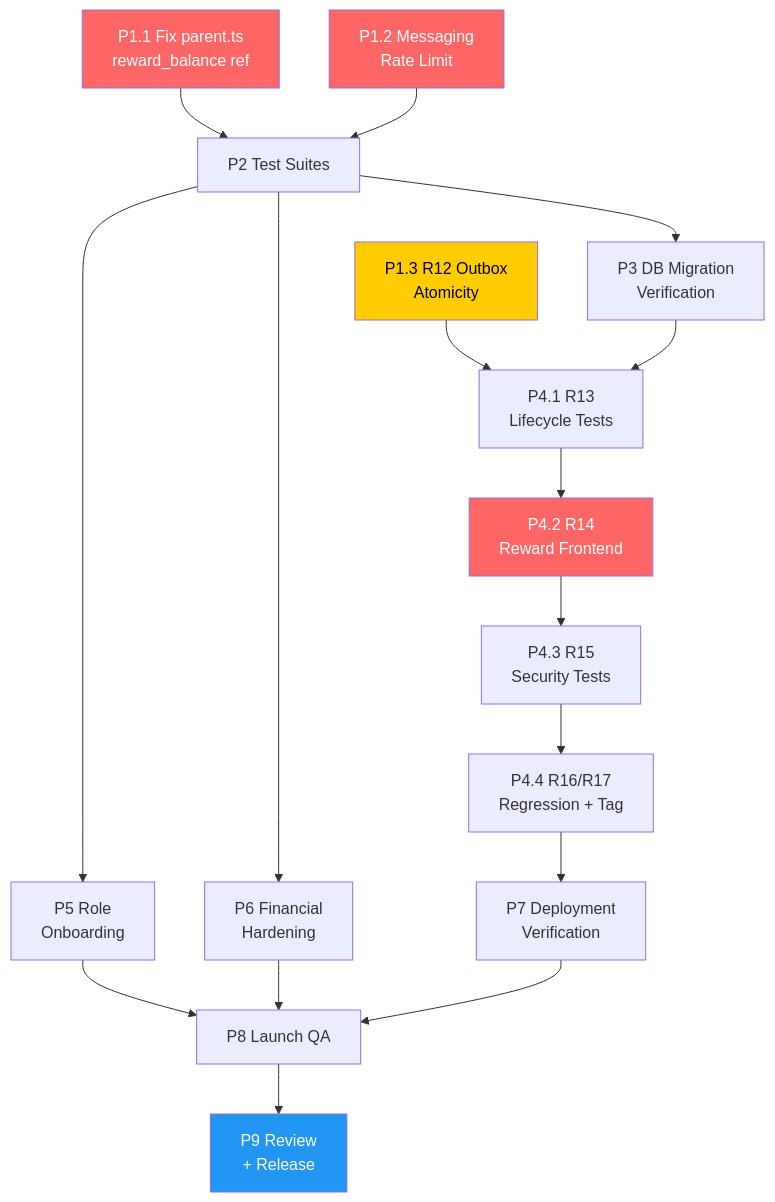
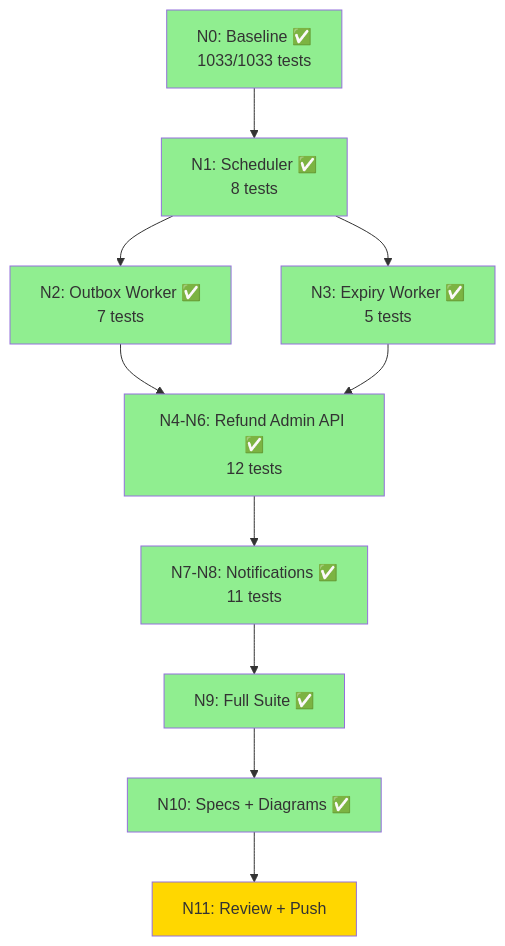
Before and after one commit to SM-Web-Systems/lms-crypto-production: the diagram in docs/superpowers/diagrams/remaining-work-dependency.md, drawn with Mermaid. The commit also changed other lines of this file and 29 other files, not shown here.

First line of the commit message:
N15: reward scheduler, blocked refund resolution, and reward notifications

````diff
--- a/docs/superpowers/diagrams/remaining-work-dependency.md
+++ b/docs/superpowers/diagrams/remaining-work-dependency.md
@@ -3,29 +3,22 @@
 ```mermaid
 graph TD
-    P1A[P1.1 Fix parent.ts<br/>reward_balance ref] --> P2[P2 Test Suites]
-    P1B[P1.2 Messaging<br/>Rate Limit] --> P2
-    P1C[P1.3 R12 Outbox<br/>Atomicity] --> P4A
+    N0[N0: Baseline ✅<br/>1033/1033 tests] --> N1[N1: Scheduler ✅<br/>8 tests]
+    N1 --> N2[N2: Outbox Worker ✅<br/>7 tests]
+    N1 --> N3[N3: Expiry Worker ✅<br/>5 tests]
+    N2 --> N4[N4-N6: Refund Admin API ✅<br/>12 tests]
+    N3 --> N4
+    N4 --> N7[N7-N8: Notifications ✅<br/>11 tests]
+    N7 --> N9[N9: Full Suite ✅]
+    N9 --> N10[N10: Specs + Diagrams ✅]
+    N10 --> N11[N11: Review + Push]
 
-    P2 --> P3[P3 DB Migration<br/>Verification]
-
-    P3 --> P4A[P4.1 R13<br/>Lifecycle Tests]
-    P4A --> P4B[P4.2 R14<br/>Reward Frontend]
-    P4B --> P4C[P4.3 R15<br/>Security Tests]
-    P4C --> P4D[P4.4 R16/R17<br/>Regression + Tag]
-
-    P2 --> P5[P5 Role<br/>Onboarding]
-    P2 --> P6[P6 Financial<br/>Hardening]
-
-    P4D --> P7[P7 Deployment<br/>Verification]
-    P5 --> P8[P8 Launch QA]
-    P6 --> P8
-    P7 --> P8
-
-    P8 --> P9[P9 Review<br/>+ Release]
-
-    style P1A fill:#ff6666,color:#fff
-    style P1B fill:#ff6666,color:#fff
-    style P1C fill:#ffcc00,color:#000
-    style P4B fill:#ff6666,color:#fff
-    style P9 fill:#2196F3,color:#fff
+    style N0 fill:#90EE90
+    style N1 fill:#90EE90
+    style N2 fill:#90EE90
+    style N3 fill:#90EE90
+    style N4 fill:#90EE90
+    style N7 fill:#90EE90
+    style N9 fill:#90EE90
+    style N10 fill:#90EE90
+    style N11 fill:#FFD700
 ```
````
